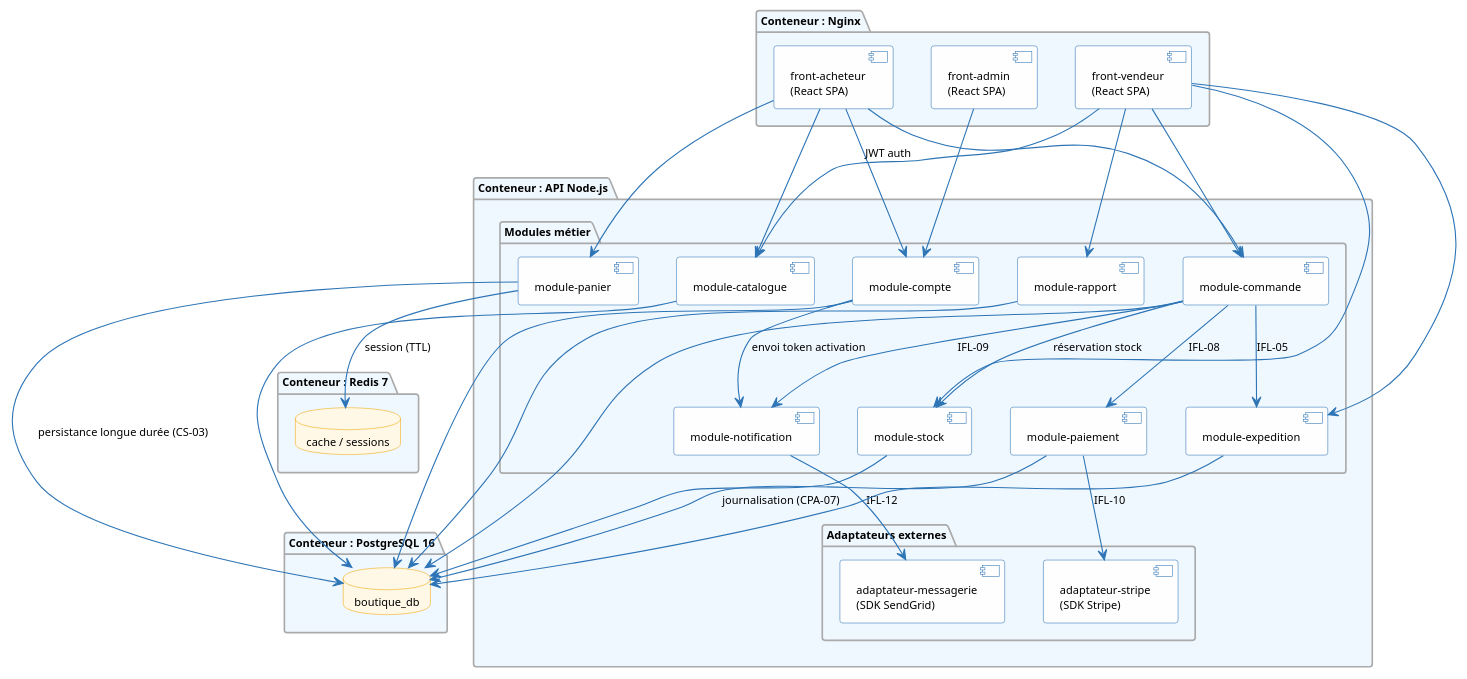
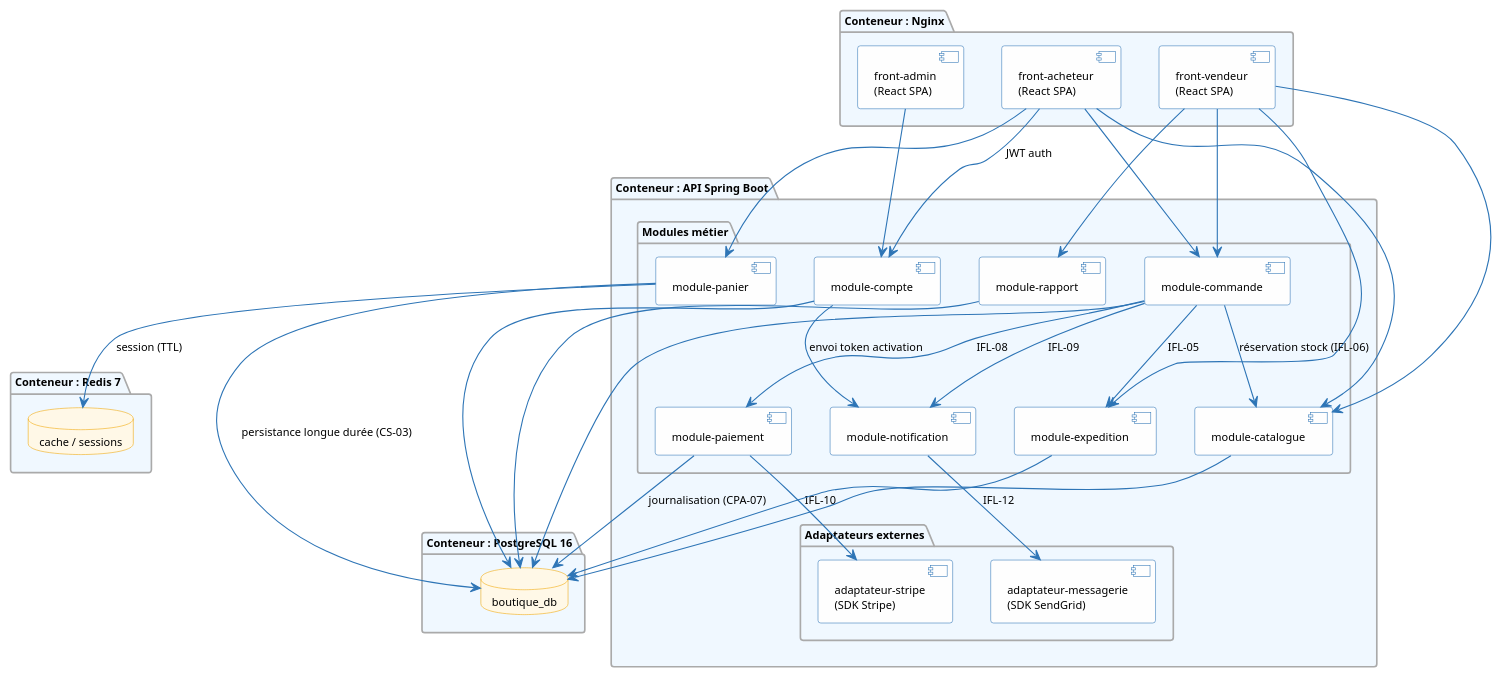
One commit to louistalvande/online_shop changed the second of 4 diagrams in architecture/04-physical-architecture/pa.adoc. Above: the diagram before and after it, drawn with PlantUML. The commit also changed other lines of this file, not shown here.

Commit message:
switch spring hib, api in eng

```diff
--- a/architecture/04-physical-architecture/pa.adoc
+++ b/architecture/04-physical-architecture/pa.adoc
@@ -225,72 +221,69 @@
 [plantuml, pa-components, svg]
 ----
 skinparam componentBackgroundColor #FEFEFE
 skinparam componentBorderColor #2E75B6
 skinparam arrowColor #2E75B6
 skinparam packageBackgroundColor #F0F8FF
 skinparam packageBorderColor #AAAAAA
 skinparam databaseBackgroundColor #FFF8E7
 skinparam databaseBorderColor #F0A500
 skinparam defaultFontSize 10
 
 package "Conteneur : Nginx" {
   [front-acheteur\n(React SPA)] as FrontB
   [front-vendeur\n(React SPA)] as FrontV
   [front-admin\n(React SPA)] as FrontA
 }
 
-package "Conteneur : API Node.js" {
+package "Conteneur : API Spring Boot" {
   package "Modules métier" {
     [module-compte] as MCompte
     [module-catalogue] as MCatalogue
-    [module-stock] as MStock
     [module-panier] as MPanier
     [module-commande] as MCommande
     [module-paiement] as MPaiement
     [module-expedition] as MExpedition
     [module-notification] as MNotif
     [module-rapport] as MRapport
   }
   package "Adaptateurs externes" {
     [adaptateur-stripe\n(SDK Stripe)] as AStripe
     [adaptateur-messagerie\n(SDK SendGrid)] as AMail
   }
 }
 
 package "Conteneur : PostgreSQL 16" {
   database "boutique_db" as PgDB
 }
 
 package "Conteneur : Redis 7" {
   database "cache / sessions" as RedisDB
 }
 
 FrontB --> MCompte : JWT auth
 FrontB --> MCatalogue
 FrontB --> MPanier
 FrontB --> MCommande
 FrontV --> MCatalogue
-FrontV --> MStock
 FrontV --> MCommande
 FrontV --> MExpedition
 FrontV --> MRapport
 FrontA --> MCompte
 
 MCompte --> MNotif : envoi token activation
-MCommande --> MStock : réservation stock
+MCommande --> MCatalogue : réservation stock (IFL-06)
 MCommande --> MPaiement : IFL-08
 MCommande --> MExpedition : IFL-05
 MCommande --> MNotif : IFL-09
 MPaiement --> AStripe : IFL-10
 MNotif --> AMail : IFL-12
 
 MPanier --> RedisDB : session (TTL)
 MPanier --> PgDB : persistance longue durée (CS-03)
 MCompte --> PgDB
 MCatalogue --> PgDB
-MStock --> PgDB
 MCommande --> PgDB
 MPaiement --> PgDB : journalisation (CPA-07)
 MExpedition --> PgDB
 MRapport --> PgDB
 ----
```
